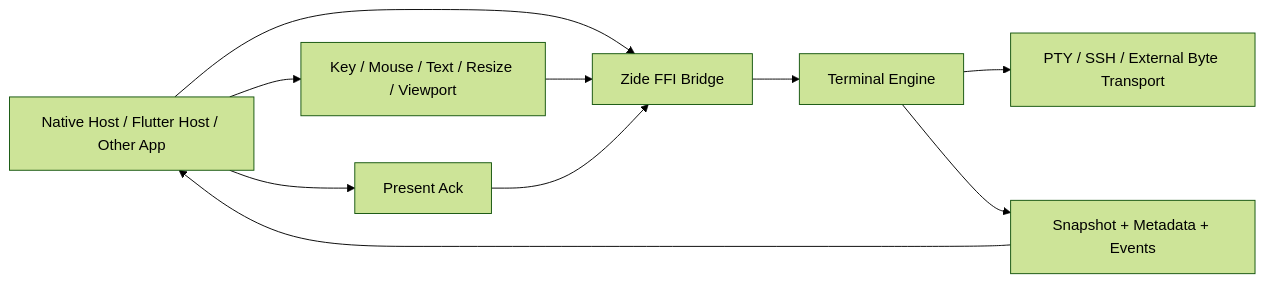
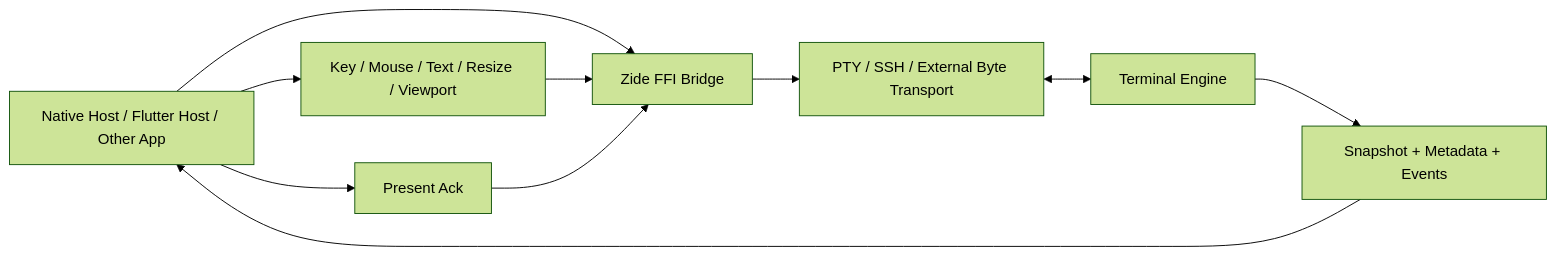
Before and after one commit to LaurenceGuws/Zide: the second of 8 diagrams in app_architecture/terminal/TERMINAL_ARCHITECTURE_COMPARISON.md, drawn with Mermaid (forest theme). The commit also changed other lines of this file and 3 other files, not shown here.

Commit message:
Polish terminal architecture authority docs

````diff
--- a/app_architecture/terminal/TERMINAL_ARCHITECTURE_COMPARISON.md
+++ b/app_architecture/terminal/TERMINAL_ARCHITECTURE_COMPARISON.md
@@ -78,12 +78,12 @@
 ```mermaid
 flowchart LR
     Host[Native Host / Flutter Host / Other App] --> FFI[Zide FFI Bridge]
-    FFI --> Engine[Terminal Engine]
-    Engine --> Transport[PTY / SSH / External Byte Transport]
+    FFI --> Transport[PTY / SSH / External Byte Transport]
+    Transport <--> Engine[Terminal Engine]
     Engine --> Snapshot[Snapshot + Metadata + Events]
     Snapshot --> Host
     Host --> Input[Key / Mouse / Text / Resize / Viewport]
     Input --> FFI
     Host --> PresentAck[Present Ack]
     PresentAck --> FFI
 ```
````
